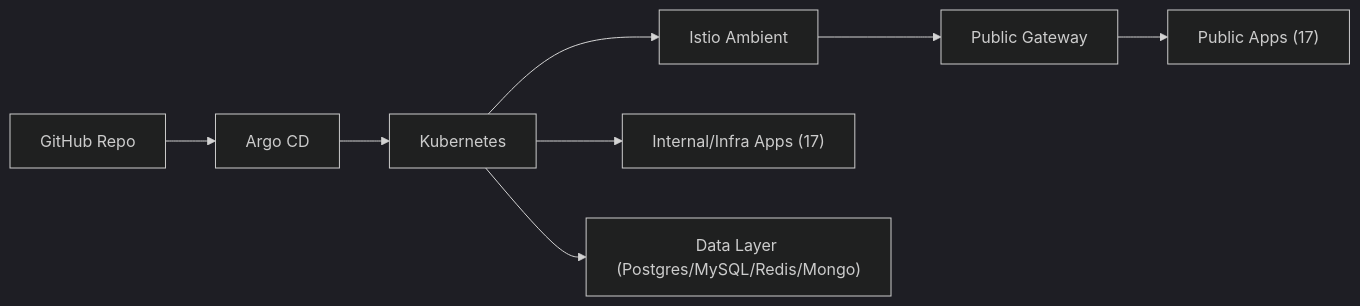
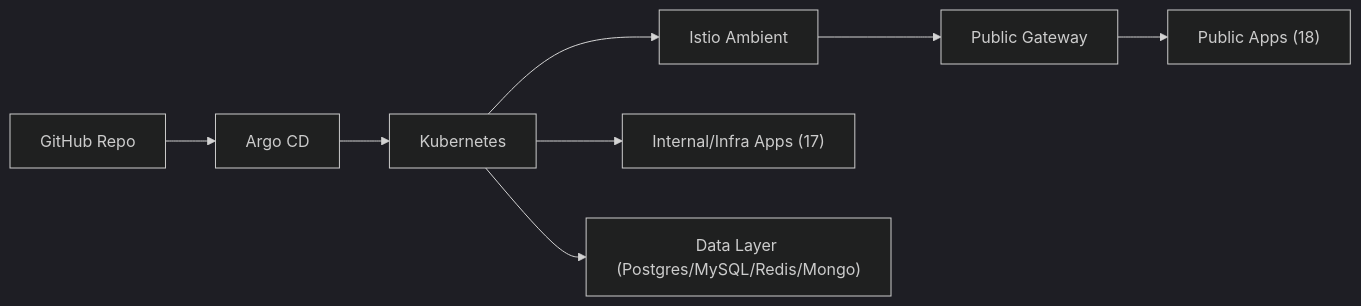
Before and after one commit to noeulnight/homelab: the diagram in README.md, drawn with Mermaid (dark theme). The commit also changed other lines of this file and 8 other files, not shown here.

````diff
--- a/README.md
+++ b/README.md
@@ -13,10 +13,10 @@
 ```mermaid
 flowchart LR
   GitHub["GitHub Repo"] --> Argo["Argo CD"]
   Argo --> K8s["Kubernetes"]
   K8s --> Istio["Istio Ambient"]
   Istio --> Gateway["Public Gateway"]
-  Gateway --> PublicApps["Public Apps (17)"]
+  Gateway --> PublicApps["Public Apps (18)"]
   K8s --> InternalApps["Internal/Infra Apps (17)"]
   K8s --> Data["Data Layer (Postgres/MySQL/Redis/Mongo)"]
 ```
````
